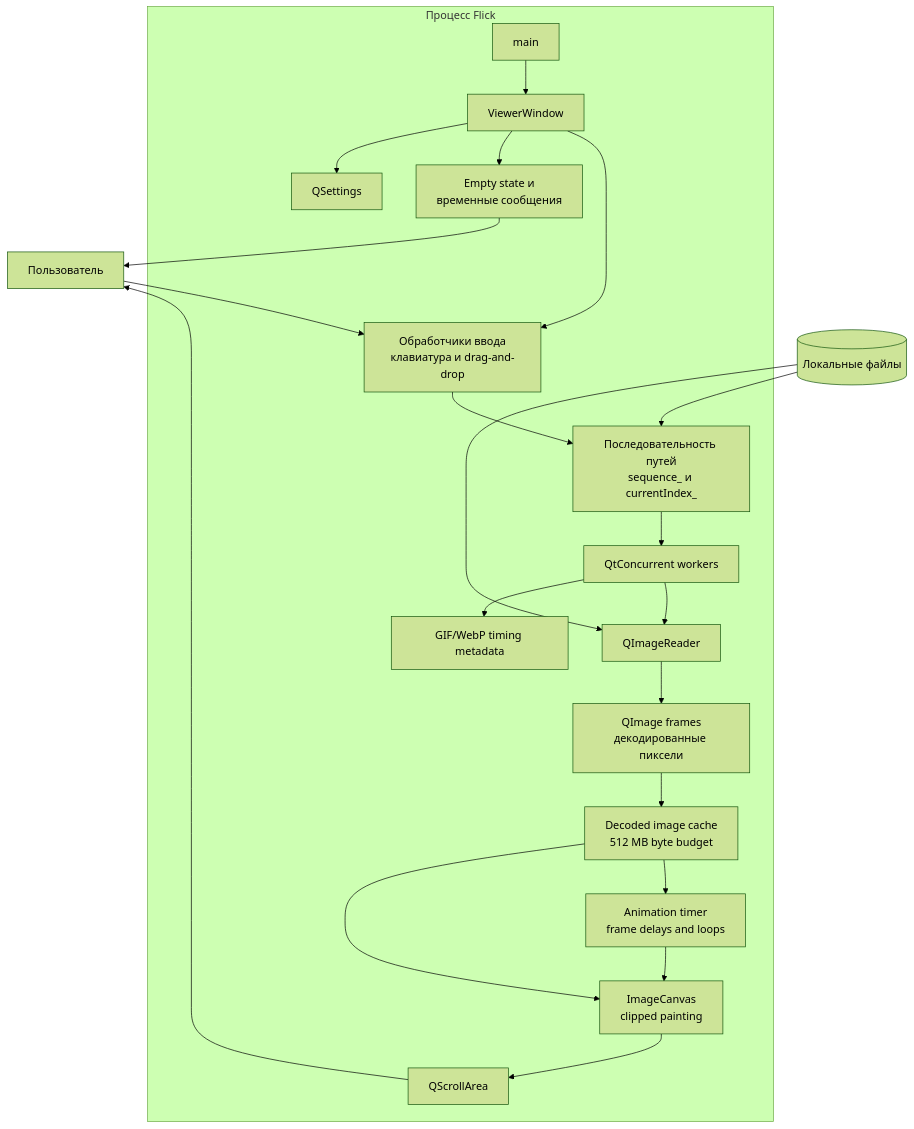
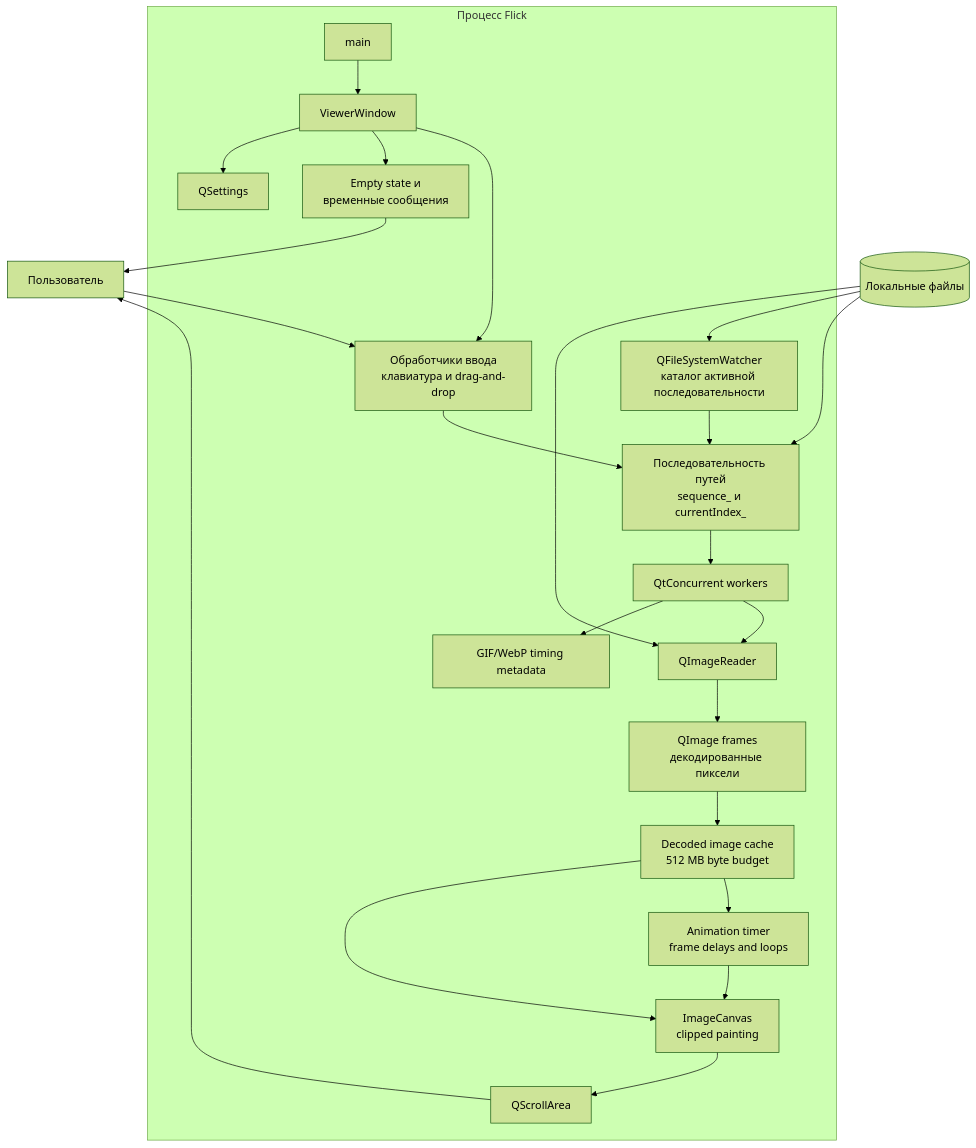
Before and after one commit to Lannselot/Flick: the first of 4 diagrams in docs/architecture.md, drawn with Mermaid (forest theme). The commit also changed other lines of this file and 1 other file, not shown here.

Commit message:
Address live sequence review findings

````diff
--- a/docs/architecture.md
+++ b/docs/architecture.md
@@ -8,42 +8,45 @@
 ```mermaid
 flowchart TB
     User[Пользователь]
 
     subgraph Flick[Процесс Flick]
         Main[main]
         Window[ViewerWindow]
         Input[Обработчики ввода<br/>клавиатура и drag-and-drop]
         Sequence[Последовательность путей<br/>sequence_ и currentIndex_]
+        Watcher[QFileSystemWatcher<br/>каталог активной последовательности]
         Workers[QtConcurrent workers]
         Reader[QImageReader]
         Metadata[GIF/WebP timing metadata]
         Cache[Decoded image cache<br/>512 MB byte budget]
         Image[QImage frames<br/>декодированные пиксели]
         Animation[Animation timer<br/>frame delays and loops]
         Canvas[ImageCanvas<br/>clipped painting]
         Viewport[QScrollArea]
         Feedback[Empty state и<br/>временные сообщения]
         Settings[QSettings]
 
         Main --> Window
         Window --> Input
         Input --> Sequence
+        Watcher --> Sequence
         Sequence --> Workers
         Workers --> Reader
         Workers --> Metadata
         Reader --> Image
         Image --> Cache
         Cache --> Animation
         Animation --> Canvas
         Cache --> Canvas
         Canvas --> Viewport
         Window --> Feedback
         Window --> Settings
     end
 
     Files[(Локальные файлы)] --> Sequence
+    Files --> Watcher
     Files --> Reader
     User --> Input
     Viewport --> User
     Feedback --> User
 ```
````
